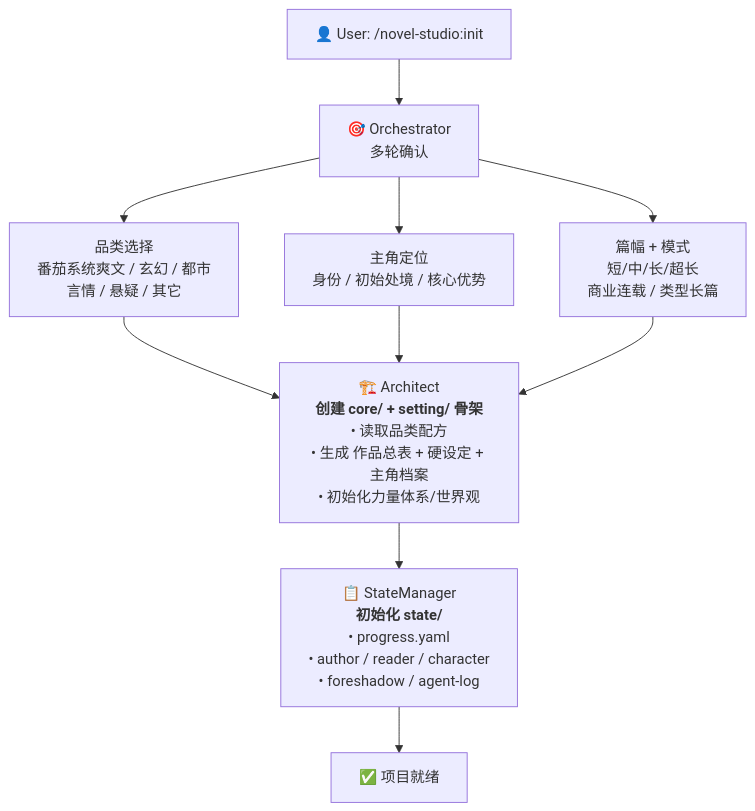
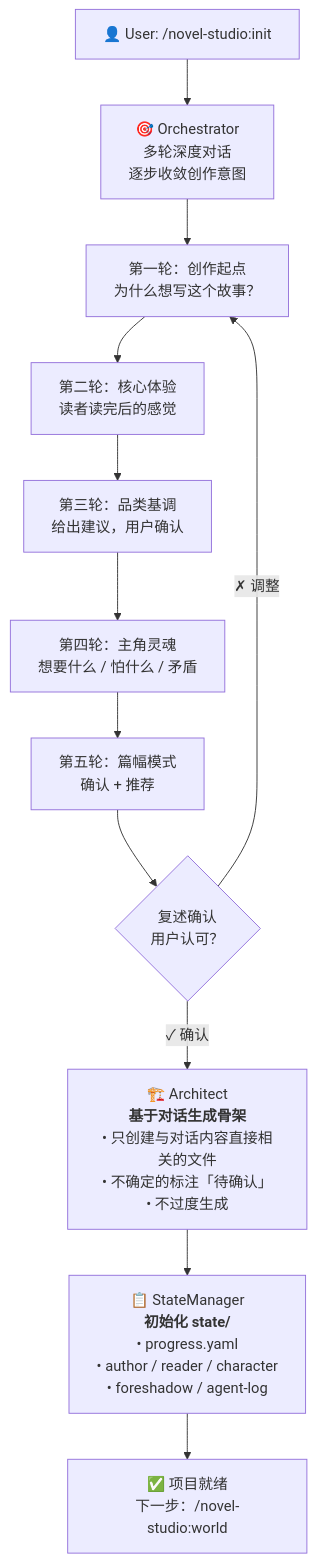
Before and after one commit to deathwhispers/novel-studio: the diagram in workflows/init-project.md, drawn with Mermaid. The commit also changed other lines of this file and 8 other files, not shown here.

````diff
--- a/workflows/init-project.md
+++ b/workflows/init-project.md
@@ -11,22 +11,24 @@
 ```mermaid
 flowchart TD
     User["👤 User: /novel-studio:init"]
-    Orchestrator["🎯 Orchestrator<br/>多轮确认"]
+    Orchestrator["🎯 Orchestrator<br/>多轮深度对话<br/>逐步收敛创作意图"]
 
     User --> Orchestrator
 
-    Orchestrator --> Q1["品类选择<br/>番茄系统爽文 / 玄幻 / 都市<br/>言情 / 悬疑 / 其它"]
-    Orchestrator --> Q2["主角定位<br/>身份 / 初始处境 / 核心优势"]
-    Orchestrator --> Q3["篇幅 + 模式<br/>短/中/长/超长<br/>商业连载 / 类型长篇"]
+    Orchestrator --> R1["第一轮：创作起点<br/>为什么想写这个故事？"]
+    R1 --> R2["第二轮：核心体验<br/>读者读完后的感觉"]
+    R2 --> R3["第三轮：品类基调<br/>给出建议，用户确认"]
+    R3 --> R4["第四轮：主角灵魂<br/>想要什么 / 怕什么 / 矛盾"]
+    R4 --> R5["第五轮：篇幅模式<br/>确认 + 推荐"]
 
-    Q1 --> Architect
-    Q2 --> Architect
-    Q3 --> Architect
+    R5 --> Confirm{"复述确认<br/>用户认可？"}
+    Confirm -->|"✗ 调整"| R1
+    Confirm -->|"✓ 确认"| Architect
 
-    Architect["🏗️ Architect<br/><b>创建 core/ + setting/ 骨架</b><br/>• 读取品类配方<br/>• 生成 作品总表 + 硬设定 + 主角档案<br/>• 初始化力量体系/世界观"]
+    Architect["🏗️ Architect<br/><b>基于对话生成骨架</b><br/>• 只创建与对话内容直接相关的文件<br/>• 不确定的标注「待确认」<br/>• 不过度生成"]
     StateManager["📋 StateManager<br/><b>初始化 state/</b><br/>• progress.yaml<br/>• author / reader / character<br/>• foreshadow / agent-log"]
-    Done["✅ 项目就绪"]
+    Done["✅ 项目就绪<br/>下一步：/novel-studio:world"]
 
     Architect --> StateManager
     StateManager --> Done
 ```
````
